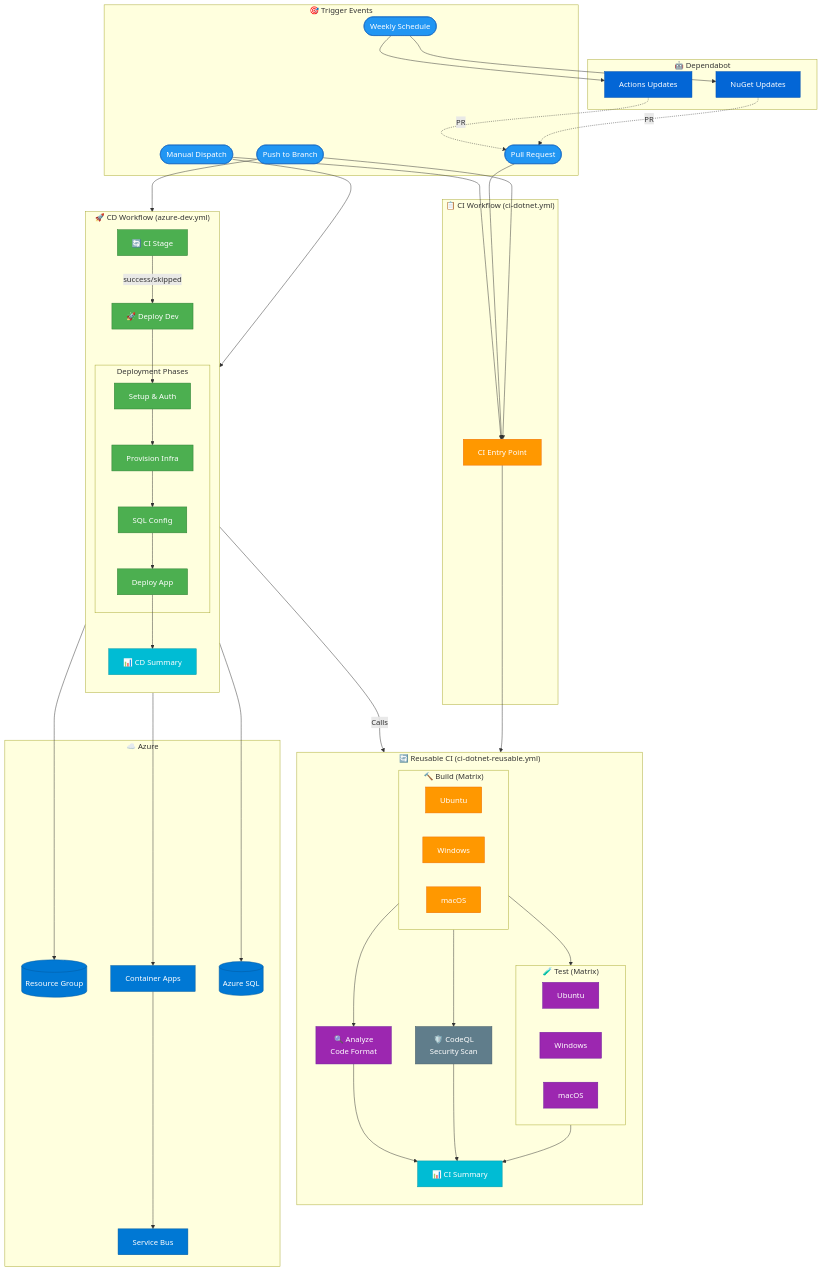
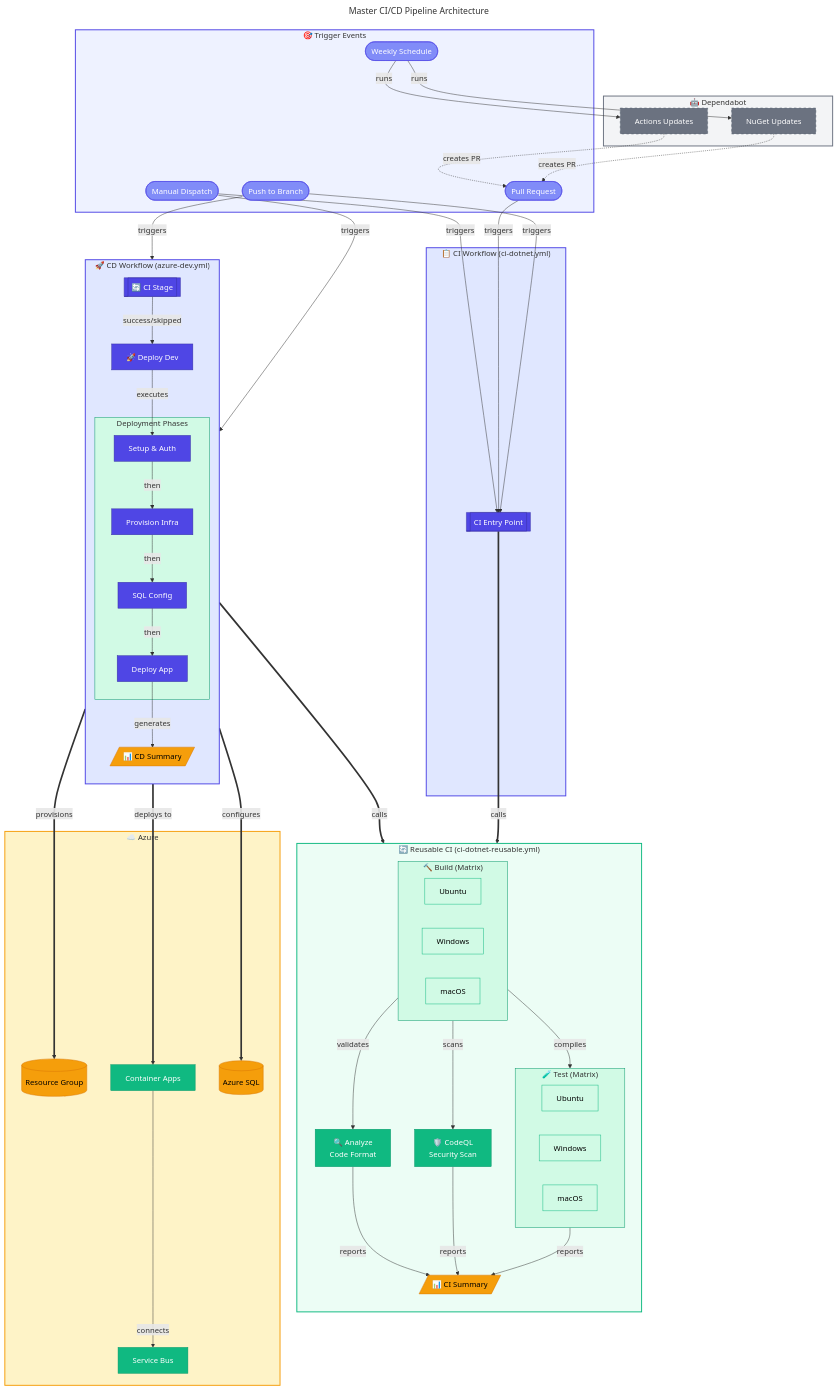
Before and after one commit to Evilazaro/Azure-LogicApps-Monitoring: the first of 3 diagrams in docs/devops/README.md, drawn with Mermaid. The commit also changed other lines of this file and 1 other file, not shown here.

Commit message:
refactor: Improve CI/CD pipeline diagrams with enhanced clarity and structure

````diff
--- a/docs/devops/README.md
+++ b/docs/devops/README.md
@@ -70,115 +70,136 @@
 ```mermaid
+---
+title: Master CI/CD Pipeline Architecture
+---
 flowchart TD
+    %% ===== TRIGGER EVENTS =====
     subgraph Triggers["🎯 Trigger Events"]
-        T_PUSH([Push to Branch])
-        T_PR([Pull Request])
-        T_MANUAL([Manual Dispatch])
-        T_SCHEDULE([Weekly Schedule])
+        T_PUSH(["Push to Branch"])
+        T_PR(["Pull Request"])
+        T_MANUAL(["Manual Dispatch"])
+        T_SCHEDULE(["Weekly Schedule"])
     end
 
+    %% ===== DEPENDABOT AUTOMATION =====
     subgraph Dependabot["🤖 Dependabot"]
-        DEP_NUGET[NuGet Updates]
-        DEP_ACTIONS[Actions Updates]
+        DEP_NUGET["NuGet Updates"]
+        DEP_ACTIONS["Actions Updates"]
     end
 
+    %% ===== CI ENTRY POINT =====
     subgraph CIWorkflow["📋 CI Workflow (ci-dotnet.yml)"]
-        CI_ENTRY[CI Entry Point]
+        CI_ENTRY[["CI Entry Point"]]
     end
 
+    %% ===== REUSABLE CI WORKFLOW =====
     subgraph ReusableCI["🔄 Reusable CI (ci-dotnet-reusable.yml)"]
         direction TB
 
         subgraph BuildMatrix["🔨 Build (Matrix)"]
-            B_U[Ubuntu]
-            B_W[Windows]
-            B_M[macOS]
+            B_U["Ubuntu"]
+            B_W["Windows"]
+            B_M["macOS"]
         end
 
         subgraph TestMatrix["🧪 Test (Matrix)"]
-            T_U[Ubuntu]
-            T_W[Windows]
-            T_M[macOS]
+            T_U["Ubuntu"]
+            T_W["Windows"]
+            T_M["macOS"]
         end
 
-        ANALYZE[🔍 Analyze<br/>Code Format]
-        CODEQL[🛡️ CodeQL<br/>Security Scan]
-        CI_SUMMARY[📊 CI Summary]
+        ANALYZE["🔍 Analyze<br/>Code Format"]
+        CODEQL["🛡️ CodeQL<br/>Security Scan"]
+        CI_SUMMARY[/"📊 CI Summary"/]
     end
 
+    %% ===== CD WORKFLOW =====
     subgraph CDWorkflow["🚀 CD Workflow (azure-dev.yml)"]
         direction TB
-        CD_CI[🔄 CI Stage]
-        CD_DEPLOY[🚀 Deploy Dev]
-        CD_SUMMARY[📊 CD Summary]
+        CD_CI[["🔄 CI Stage"]]
+        CD_DEPLOY["🚀 Deploy Dev"]
+        CD_SUMMARY[/"📊 CD Summary"/]
 
         subgraph DeployPhases["Deployment Phases"]
-            DP1[Setup & Auth]
-            DP2[Provision Infra]
-            DP3[SQL Config]
-            DP4[Deploy App]
+            DP1["Setup & Auth"]
+            DP2["Provision Infra"]
+            DP3["SQL Config"]
+            DP4["Deploy App"]
         end
     end
 
+    %% ===== AZURE RESOURCES =====
     subgraph Azure["☁️ Azure"]
-        AZ_RG[(Resource Group)]
-        AZ_ACA[Container Apps]
-        AZ_SQL[(Azure SQL)]
-        AZ_SB[Service Bus]
+        AZ_RG[("Resource Group")]
+        AZ_ACA["Container Apps"]
+        AZ_SQL[("Azure SQL")]
+        AZ_SB["Service Bus"]
     end
 
-    %% Trigger Flows
-    T_PUSH --> CI_ENTRY
-    T_PR --> CI_ENTRY
-    T_MANUAL --> CI_ENTRY
-    T_MANUAL --> CD_CI
-    T_PUSH --> CD_CI
+    %% ===== TRIGGER FLOWS =====
+    T_PUSH -->|triggers| CI_ENTRY
+    T_PR -->|triggers| CI_ENTRY
+    T_MANUAL -->|triggers| CI_ENTRY
+    T_MANUAL -->|triggers| CD_CI
+    T_PUSH -->|triggers| CD_CI
 
-    %% Dependabot
-    T_SCHEDULE --> DEP_NUGET
-    T_SCHEDULE --> DEP_ACTIONS
-    DEP_NUGET -.->|PR| T_PR
-    DEP_ACTIONS -.->|PR| T_PR
+    %% ===== DEPENDABOT FLOWS =====
+    T_SCHEDULE -->|runs| DEP_NUGET
+    T_SCHEDULE -->|runs| DEP_ACTIONS
+    DEP_NUGET -.->|creates PR| T_PR
+    DEP_ACTIONS -.->|creates PR| T_PR
 
-    %% CI Flow
-    CI_ENTRY --> BuildMatrix
-    BuildMatrix --> TestMatrix
-    BuildMatrix --> ANALYZE
-    BuildMatrix --> CODEQL
-    TestMatrix --> CI_SUMMARY
-    ANALYZE --> CI_SUMMARY
-    CODEQL --> CI_SUMMARY
+    %% ===== CI FLOW =====
+    CI_ENTRY ==>|calls| BuildMatrix
+    BuildMatrix -->|compiles| TestMatrix
+    BuildMatrix -->|validates| ANALYZE
+    BuildMatrix -->|scans| CODEQL
+    TestMatrix -->|reports| CI_SUMMARY
+    ANALYZE -->|reports| CI_SUMMARY
+    CODEQL -->|reports| CI_SUMMARY
 
-    %% CD Flow
-    CD_CI -->|Calls| BuildMatrix
+    %% ===== CD FLOW =====
+    CD_CI ==>|calls| BuildMatrix
     CD_CI -->|success/skipped| CD_DEPLOY
-    CD_DEPLOY --> DP1
-    DP1 --> DP2
-    DP2 --> DP3
-    DP3 --> DP4
-    DP4 --> CD_SUMMARY
+    CD_DEPLOY -->|executes| DP1
+    DP1 -->|then| DP2
+    DP2 -->|then| DP3
+    DP3 -->|then| DP4
+    DP4 -->|generates| CD_SUMMARY
 
-    %% Azure Deployment
-    DP2 --> AZ_RG
-    DP3 --> AZ_SQL
-    DP4 --> AZ_ACA
-    AZ_ACA --> AZ_SB
+    %% ===== AZURE DEPLOYMENT =====
+    DP2 ==>|provisions| AZ_RG
+    DP3 ==>|configures| AZ_SQL
+    DP4 ==>|deploys to| AZ_ACA
+    AZ_ACA -->|connects| AZ_SB
 
-    %% Styling
-    classDef trigger fill:#2196F3,stroke:#1565C0,color:#fff
-    classDef dependabot fill:#0366d6,stroke:#0550ae,color:#fff
-    classDef ci fill:#FF9800,stroke:#EF6C00,color:#fff
-    classDef test fill:#9C27B0,stroke:#6A1B9A,color:#fff
-    classDef security fill:#607D8B,stroke:#455A64,color:#fff
-    classDef deploy fill:#4CAF50,stroke:#2E7D32,color:#fff
-    classDef azure fill:#0078D4,stroke:#005A9E,color:#fff
-    classDef summary fill:#00BCD4,stroke:#0097A7,color:#fff
+    %% ===== NODE STYLING =====
+    classDef trigger fill:#818CF8,stroke:#4F46E5,color:#FFFFFF
+    classDef external fill:#6B7280,stroke:#4B5563,color:#FFFFFF,stroke-dasharray:5 5
+    classDef primary fill:#4F46E5,stroke:#3730A3,color:#FFFFFF
+    classDef secondary fill:#10B981,stroke:#059669,color:#FFFFFF
+    classDef datastore fill:#F59E0B,stroke:#D97706,color:#000000
+    classDef failed fill:#F44336,stroke:#C62828,color:#FFFFFF
+    classDef matrix fill:#D1FAE5,stroke:#10B981,color:#000000
 
+    %% ===== APPLY NODE CLASSES =====
     class T_PUSH,T_PR,T_MANUAL,T_SCHEDULE trigger
-    class DEP_NUGET,DEP_ACTIONS dependabot
-    class CI_ENTRY,B_U,B_W,B_M ci
-    class T_U,T_W,T_M,ANALYZE test
-    class CODEQL security
-    class CD_CI,CD_DEPLOY,DP1,DP2,DP3,DP4 deploy
-    class AZ_RG,AZ_ACA,AZ_SQL,AZ_SB azure
-    class CI_SUMMARY,CD_SUMMARY summary
+    class DEP_NUGET,DEP_ACTIONS external
+    class CI_ENTRY,CD_CI primary
+    class B_U,B_W,B_M,T_U,T_W,T_M matrix
+    class ANALYZE,CODEQL secondary
+    class CD_DEPLOY,DP1,DP2,DP3,DP4 primary
+    class AZ_RG,AZ_SQL datastore
+    class AZ_ACA,AZ_SB secondary
+    class CI_SUMMARY,CD_SUMMARY datastore
+
+    %% ===== SUBGRAPH STYLING =====
+    style Triggers fill:#EEF2FF,stroke:#4F46E5,stroke-width:2px
+    style Dependabot fill:#F3F4F6,stroke:#6B7280,stroke-width:2px
+    style CIWorkflow fill:#E0E7FF,stroke:#4F46E5,stroke-width:2px
+    style ReusableCI fill:#ECFDF5,stroke:#10B981,stroke-width:2px
+    style BuildMatrix fill:#D1FAE5,stroke:#059669,stroke-width:1px
+    style TestMatrix fill:#D1FAE5,stroke:#059669,stroke-width:1px
+    style CDWorkflow fill:#E0E7FF,stroke:#4F46E5,stroke-width:2px
+    style DeployPhases fill:#D1FAE5,stroke:#059669,stroke-width:1px
+    style Azure fill:#FEF3C7,stroke:#F59E0B,stroke-width:2px
 ```
````
